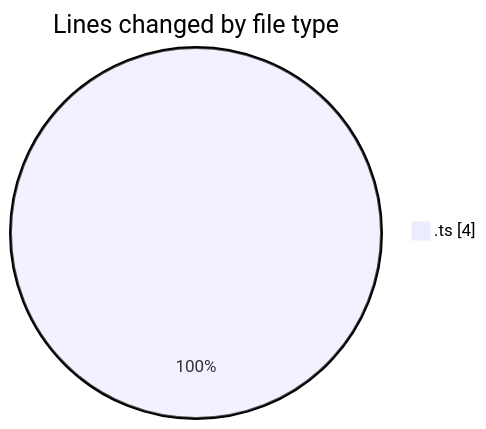
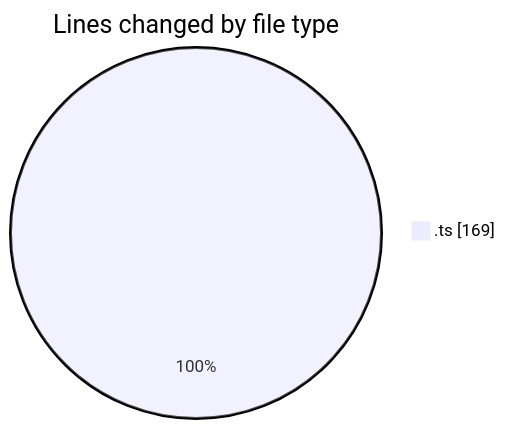
One commit to momahboobian/code-tracking changed the first of 2 diagrams in 2025-05-19/news-clock-system-caspercg/README.md. Above: the diagram before and after it, drawn with Mermaid. The commit also changed other lines of this file and 1 other file, not shown here.

````diff
--- a/2025-05-19/news-clock-system-caspercg/README.md
+++ b/2025-05-19/news-clock-system-caspercg/README.md
@@ -20,5 +21,5 @@
 ```mermaid
 pie showData
 title Lines changed by file type
-".ts" : 4
+".ts" : 169
 ```
````
